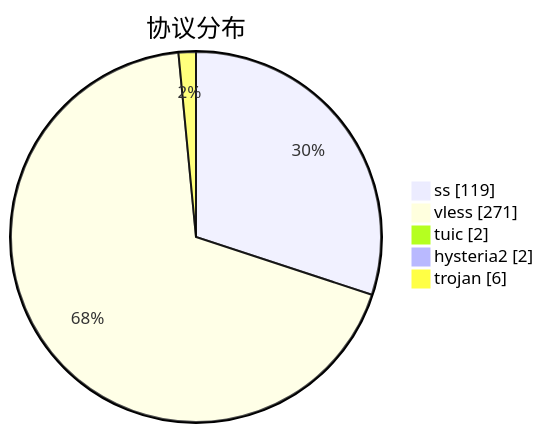
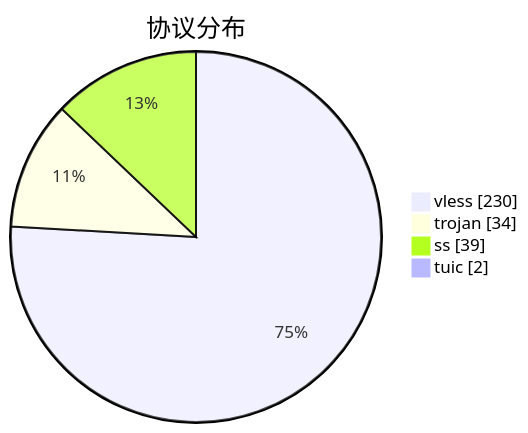
Before and after one commit to qjlxg/airport: the third of 3 diagrams in subs/statistics/tested_within.md, drawn with Mermaid. The commit also changed other lines of this file and 2 other files, not shown here.

````diff
--- a/subs/statistics/tested_within.md
+++ b/subs/statistics/tested_within.md
@@ -28,9 +29,8 @@
 ```mermaid
 pie showData
 title 协议分布
-"ss" : 119
-"vless" : 271
+"vless" : 230
+"trojan" : 34
+"ss" : 39
 "tuic" : 2
-"hysteria2" : 2
-"trojan" : 6
 ```
````
